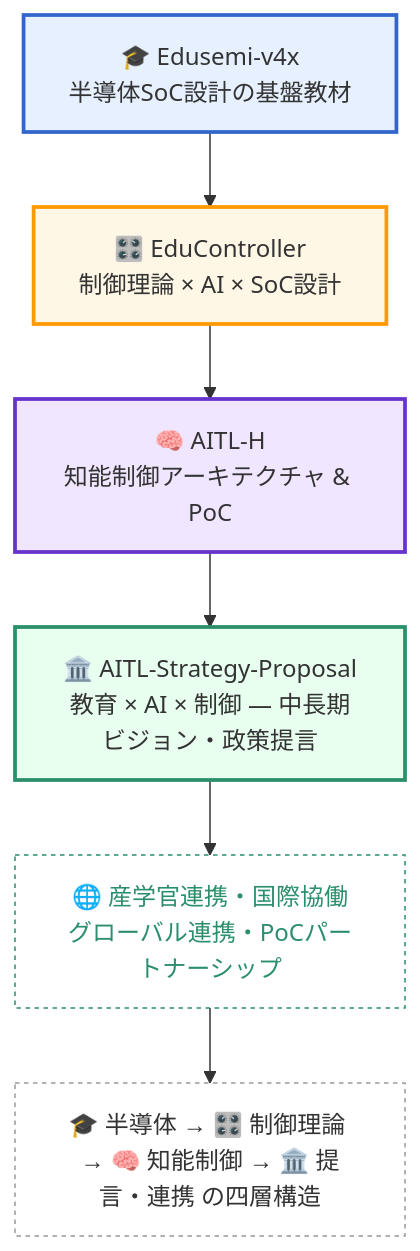
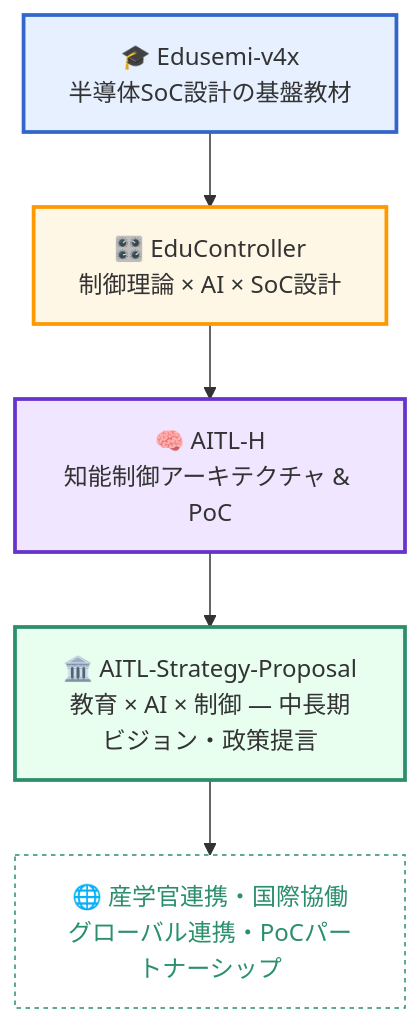
One commit to Samizo-AITL/Samizo-AITL.github.io changed the diagram in index.md. Above: the diagram before and after it, drawn with Mermaid.

````diff
--- a/index.md
+++ b/index.md
@@ -88,21 +88,15 @@
 ```mermaid
 flowchart TD
     A[🎓 Edusemi-v4x<br/>半導体SoC設計の基盤教材] 
         --> B[🎛️ EduController<br/>制御理論 × AI × SoC設計] 
         --> C[🧠 AITL-H<br/>知能制御アーキテクチャ & PoC]
         --> D[🏛️ AITL-Strategy-Proposal<br/>教育 × AI × 制御 ― 中長期ビジョン・政策提言]
-
-    D --> E[🌐 産学官連携・国際協働<br/>グローバル連携・PoCパートナーシップ]
+        --> E[🌐 産学官連携・国際協働<br/>グローバル連携・PoCパートナーシップ]
 
     %% スタイル
     style A fill:#e6f0ff,stroke:#3366cc,stroke-width:2.5px
     style B fill:#fff7e6,stroke:#ff9900,stroke-width:2.5px
     style C fill:#f0e6ff,stroke:#6633cc,stroke-width:2.5px
     style D fill:#e8fff0,stroke:#2a8f6a,stroke-width:2.5px
     style E fill:#ffffff,stroke:#2a8f6a,stroke-dasharray:3 3,color:#2a8f6a
-
-    %% 注釈
-    classDef note fill:#ffffff,stroke:#999,stroke-dasharray:3 3,color:#333;
-    N["🎓 半導体 → 🎛️ 制御理論 → 🧠 知能制御 → 🏛️ 提言・連携 の四層構造"]:::note
-    E --> N
 ```
````
